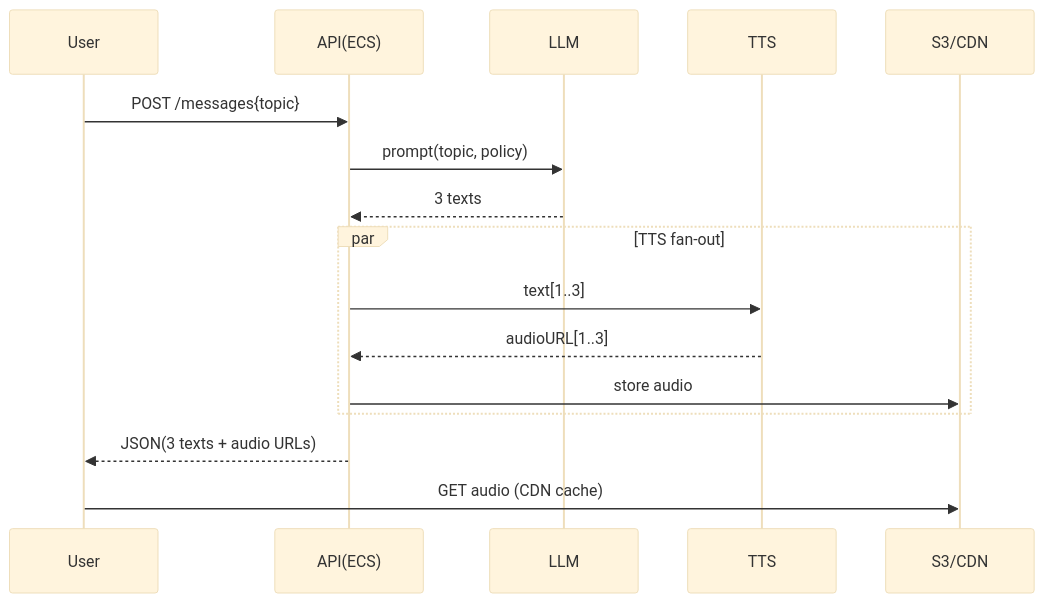
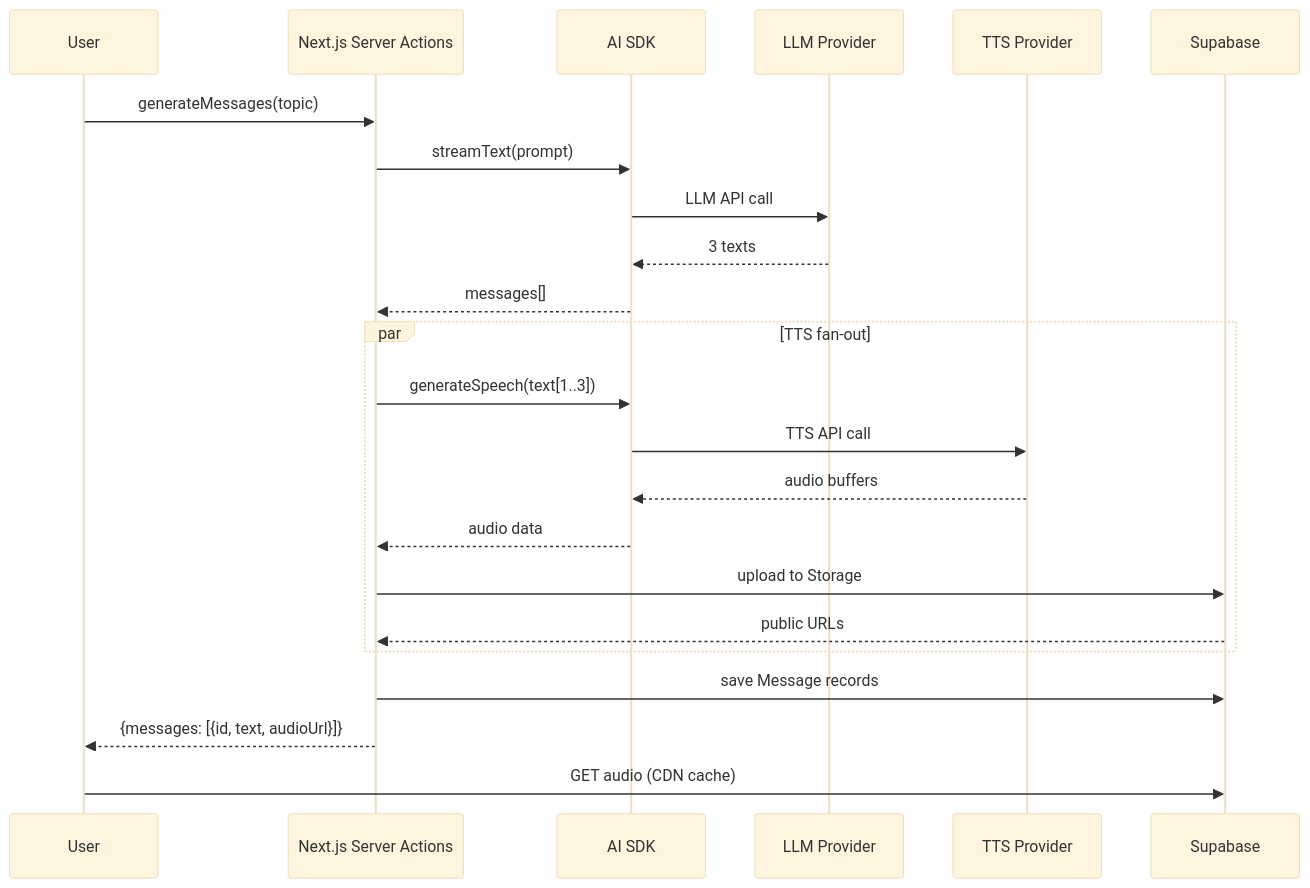
The third of 3 diagrams in read_document/要件定義書.md (ayatokobe24/practice-english-chat), drawn with Mermaid (base theme) before and after one commit. The commit also changed other lines of this file, not shown here.

````diff
--- a/read_document/要件定義書.md
+++ b/read_document/要件定義書.md
@@ -253,19 +257,26 @@
 ```mermaid
 sequenceDiagram
 participant U as User
-participant API as API(ECS)
-participant L as LLM
-participant T as TTS
-participant S as S3/CDN
+participant NextJS as Next.js Server Actions
+participant AI as AI SDK
+participant L as LLM Provider
+participant T as TTS Provider
+participant SB as Supabase
 
-U->>API: POST /messages{topic}
-API->>L: prompt(topic, policy)
-L-->>API: 3 texts
+U->>NextJS: generateMessages(topic)
+NextJS->>AI: streamText(prompt)
+AI->>L: LLM API call
+L-->>AI: 3 texts
+AI-->>NextJS: messages[]
 par TTS fan-out
-  API->>T: text[1..3]
-  T-->>API: audioURL[1..3]
-  API->>S: store audio
+  NextJS->>AI: generateSpeech(text[1..3])
+  AI->>T: TTS API call
+  T-->>AI: audio buffers
+  AI-->>NextJS: audio data
+  NextJS->>SB: upload to Storage
+  SB-->>NextJS: public URLs
 end
-API-->>U: JSON(3 texts + audio URLs)
-U->>S: GET audio (CDN cache)
+NextJS->>SB: save Message records
+NextJS-->>U: {messages: [{id, text, audioUrl}]}
+U->>SB: GET audio (CDN cache)
 ```
````
